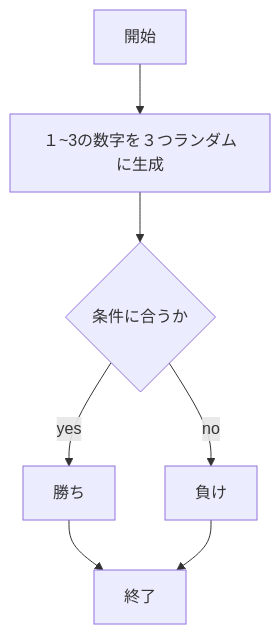
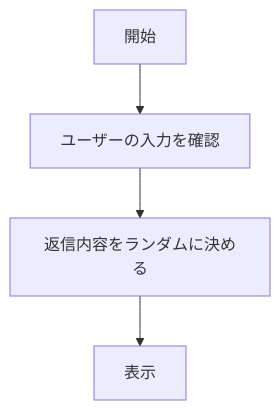
Before and after one commit to riki0905/webpro_06: the third of 3 diagrams in README.md, drawn with Mermaid. The commit also changed other lines of this file and 1 other file, not shown here.

````diff
--- a/README.md
+++ b/README.md
@@ -60,17 +157,16 @@
 ```mermaid
+
 flowchart TD;
 
-start["開始"];
-set["１~3の数字を３つランダムに生成"]
-end1["終了"]
-if{"条件に合うか"}
-win["勝ち"]
-loose["負け"]
+start["開始"]
+set["ユーザーの入力を確認"]
+set2["返信内容をランダムに決める"]
+end1["表示"]
 
 start --> set
-set --> if
-if -->|yes| win
-win --> end1
-if -->|no| loose
-loose --> end1
+set --> set2
+set2 --> end1
+
+
+    
 ```
````
